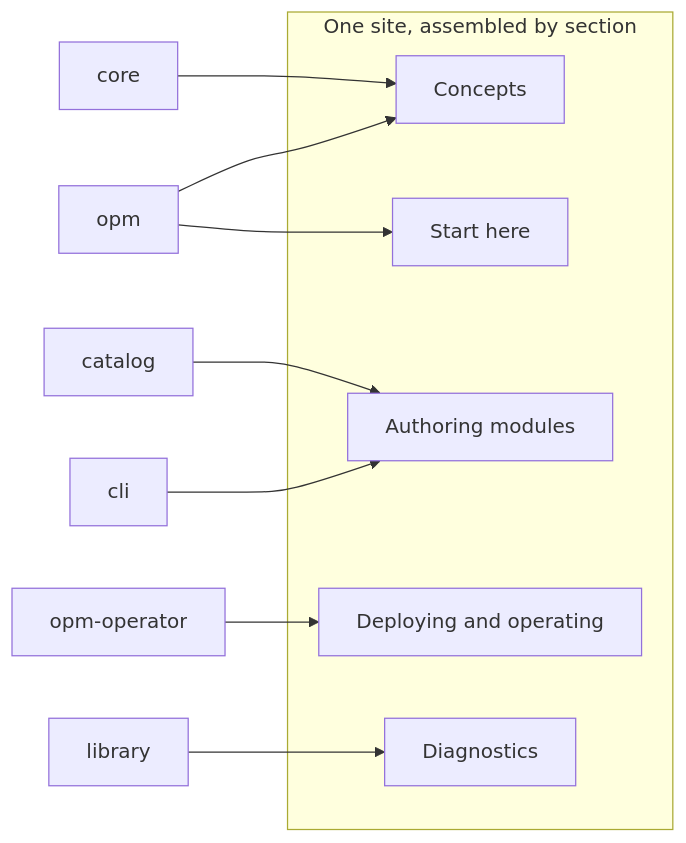
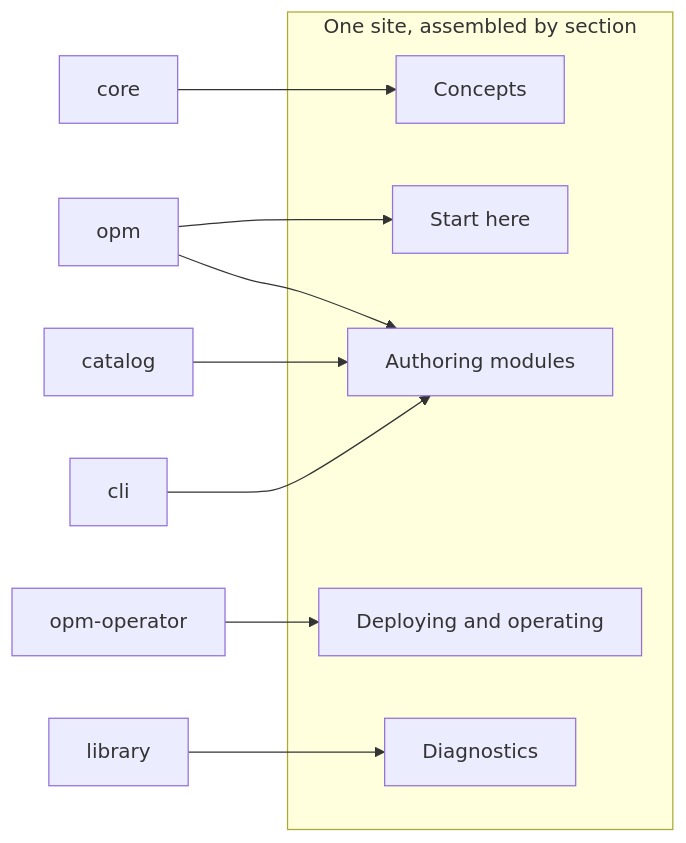
One commit to open-platform-model/enhancements changed the diagram in 0018/02-design.md. Above: the diagram before and after it, drawn with Mermaid. The commit also changed other lines of this file and 3 other files, not shown here.

````diff
--- a/0018/02-design.md
+++ b/0018/02-design.md
@@ -100,17 +100,17 @@
 ```mermaid
 flowchart LR
     core["core"] --> concepts
     opm["opm"] --> start
-    opm --> concepts
+    opm --> authoring
     catalog["catalog"] --> authoring
     cli["cli"] --> authoring
     operator["opm-operator"] --> operating
     library["library"] --> diagnostics
     subgraph site ["One site, assembled by section"]
         start["Start here"]
         concepts["Concepts"]
         authoring["Authoring modules"]
         operating["Deploying and operating"]
         diagnostics["Diagnostics"]
     end
 ```
````
